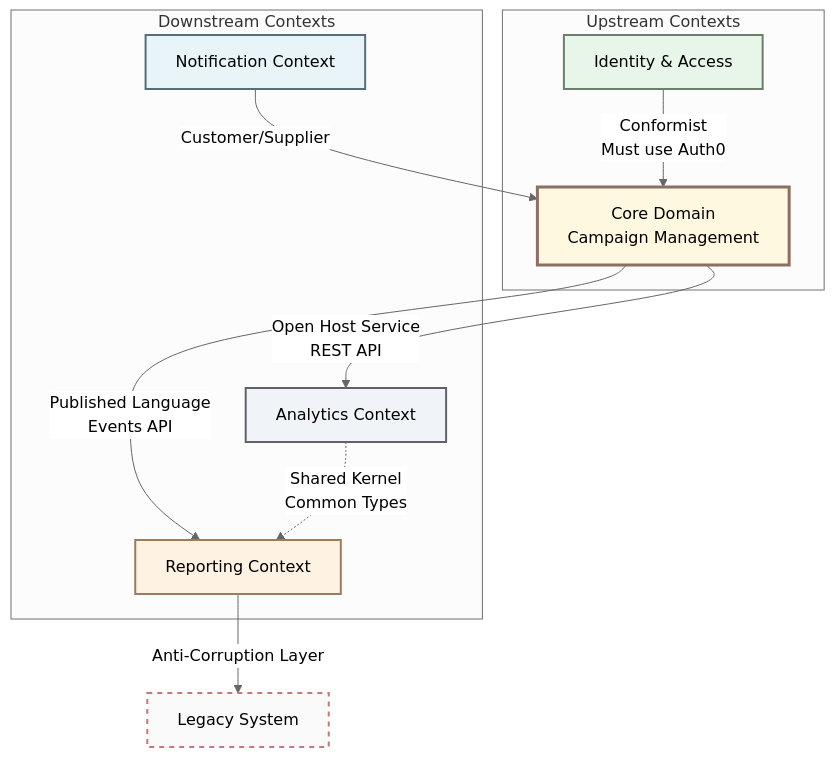
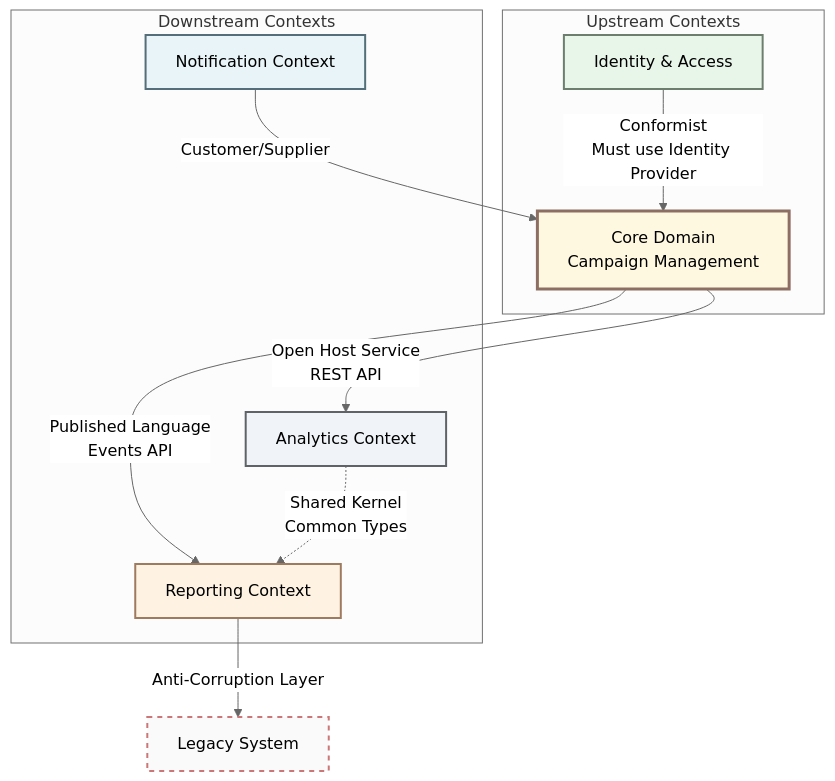
The diagram in 04-integration-patterns.md (adrian-d-hidalgo/domain-driven-design), drawn with Mermaid (neutral theme) before and after one commit. The commit also changed other lines of this file and 7 other files, not shown here.

````diff
--- a/04-integration-patterns.md
+++ b/04-integration-patterns.md
@@ -9,31 +15,31 @@
 ```mermaid
 graph TB
     subgraph UPSTREAM["Upstream Contexts"]
         CORE_BC[Core Domain<br/>Campaign Management]
         AUTH_BC[Identity & Access]
     end
 
     subgraph DOWNSTREAM["Downstream Contexts"]
         REPORT_BC[Reporting Context]
         ANALYTICS_BC[Analytics Context]
         NOTIF_BC[Notification Context]
     end
 
     CORE_BC -->|Published Language<br/>Events API| REPORT_BC
     CORE_BC -->|Open Host Service<br/>REST API| ANALYTICS_BC
 
-    AUTH_BC -->|Conformist<br/>Must use Auth0| CORE_BC
+    AUTH_BC -->|Conformist<br/>Must use Identity Provider| CORE_BC
 
     REPORT_BC -->|Anti-Corruption Layer| LEGACY[Legacy System]
 
     ANALYTICS_BC -.->|Shared Kernel<br/>Common Types| REPORT_BC
 
     NOTIF_BC -->|Customer/Supplier| CORE_BC
 
     style CORE_BC fill:#fff8e1,stroke:#8d6e63,stroke-width:3px
     style AUTH_BC fill:#e8f5e9,stroke:#6d7e6f,stroke-width:2px
     style REPORT_BC fill:#fef3e2,stroke:#9e7b5f,stroke-width:2px
     style ANALYTICS_BC fill:#f0f4f8,stroke:#5f6368,stroke-width:2px
     style NOTIF_BC fill:#e8f4f8,stroke:#546e7a,stroke-width:2px
     style LEGACY fill:#fafafa,stroke:#c77,stroke-width:2px,stroke-dasharray: 5 5
 ```
````
